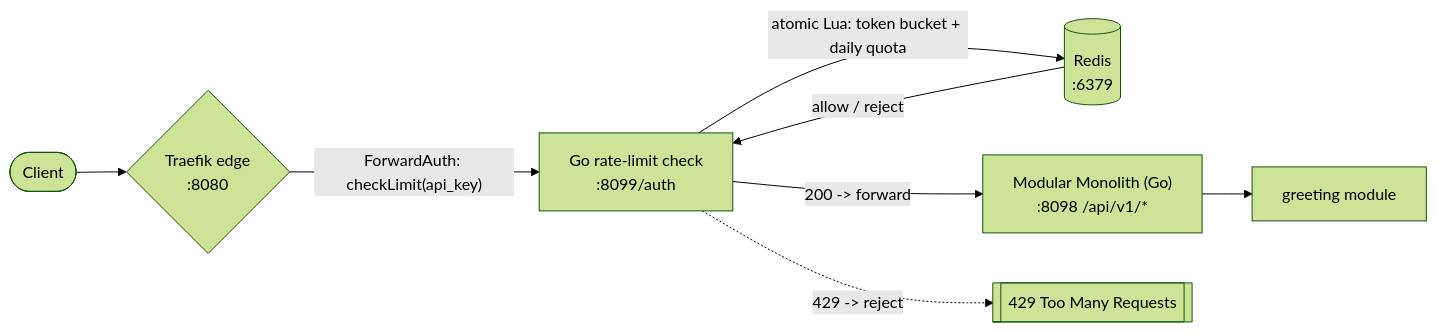
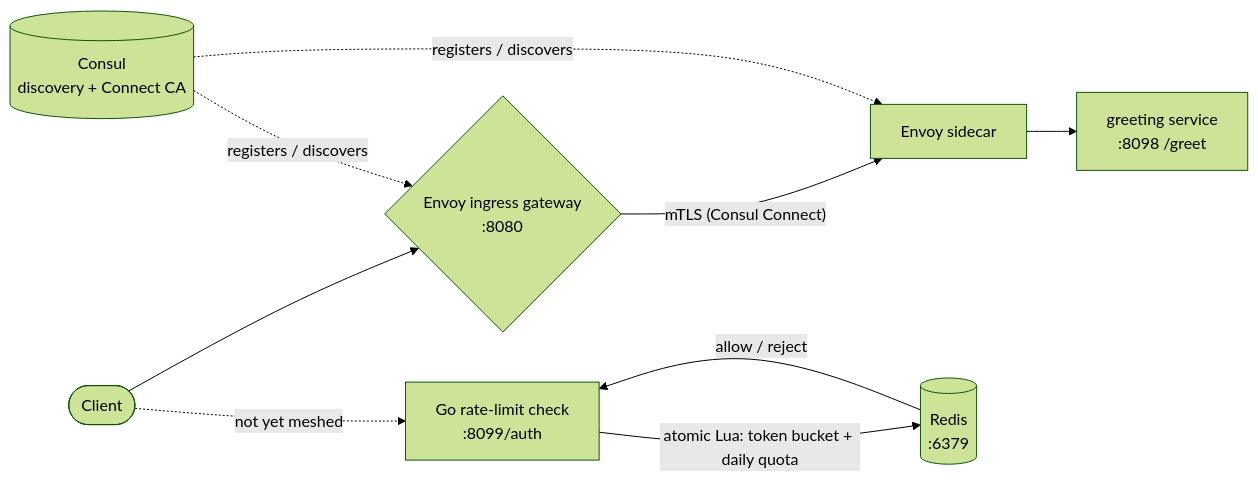
One commit to Chandra179/api-gateway changed the diagram in README.md. Above: the diagram before and after it, drawn with Mermaid (forest theme). The commit also changed other lines of this file and 16 other files, not shown here.

First line of the commit message:
Replace Traefik with a Consul Connect + Envoy service mesh

````diff
--- a/README.md
+++ b/README.md
@@ -10,13 +13,13 @@
 ```mermaid
 flowchart LR
-    Client([Client]) --> Traefik{"Traefik edge<br/>:8080"}
+    Client([Client]) --> IGW{"Envoy ingress gateway<br/>:8080"}
+    IGW -- "mTLS (Consul Connect)" --> Sidecar["Envoy sidecar"]
+    Sidecar --> Greet["greeting service<br/>:8098 /greet"]
 
-    Traefik -- "ForwardAuth: checkLimit(api_key)" --> Auth["Go rate-limit check<br/>:8099/auth"]
-    Auth -- "atomic Lua: token bucket + daily quota" --> Redis[(Redis<br/>:6379)]
-    Redis -- "allow / reject" --> Auth
+    Client -. "not yet meshed" .-> Check["Go rate-limit check<br/>:8099/auth"]
+    Check -- "atomic Lua: token bucket + daily quota" --> Redis[(Redis<br/>:6379)]
+    Redis -- "allow / reject" --> Check
 
-    Auth -- "200 -> forward" --> Mono["Modular Monolith (Go)<br/>:8098 /api/v1/*"]
-    Auth -. "429 -> reject" .-> Reject[["429 Too Many Requests"]]
-
-    Mono --> Greet[greeting module]
+    Consul[(Consul<br/>discovery + Connect CA)] -. "registers / discovers" .-> IGW
+    Consul -. "registers / discovers" .-> Sidecar
 ```
````
